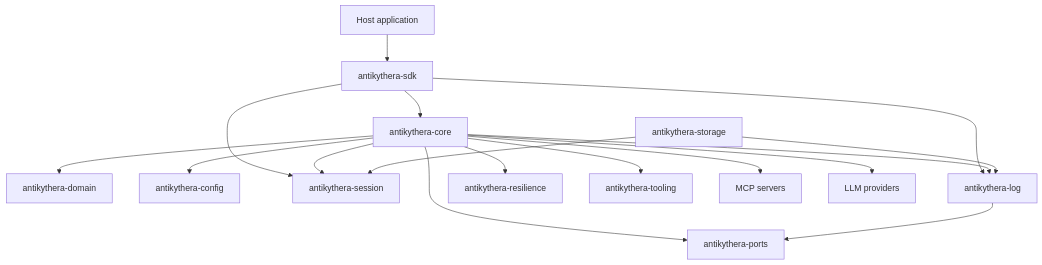
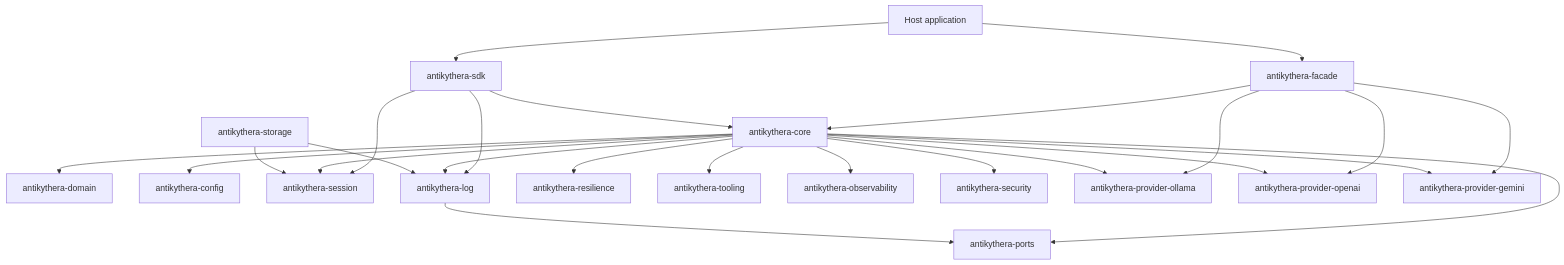
Before and after one commit to tsfarizi/antikythera-mcp-framework: the first of 2 diagrams in documentation/ARCHITECTURE.md, drawn with Mermaid. The commit also changed other lines of this file and 8 other files, not shown here.

Commit message:
feat: update documentation to reflect Antikythera Agent SDK branding and architecture changes

````diff
--- a/documentation/ARCHITECTURE.md
+++ b/documentation/ARCHITECTURE.md
@@ -7,33 +7,45 @@
 ```mermaid
 flowchart TD
     USER[Host application]
+    FACADE[antikythera-facade]
     SDK[antikythera-sdk]
     CORE[antikythera-core]
     DOMAIN[antikythera-domain]
     PORTS[antikythera-ports]
     CONFIG[antikythera-config]
     SESSION[antikythera-session]
     STORAGE[antikythera-storage]
     LOG[antikythera-log]
     RESILIENCE[antikythera-resilience]
     TOOLING[antikythera-tooling]
-    MCP[MCP servers]
-    LLM[LLM providers]
+    OBSERVABILITY[antikythera-observability]
+    SECURITY[antikythera-security]
+    OLLAMA[antikythera-provider-ollama]
+    OPENAI[antikythera-provider-openai]
+    GEMINI[antikythera-provider-gemini]
 
+    USER --> FACADE
     USER --> SDK
+    FACADE --> CORE
+    FACADE --> OLLAMA
+    FACADE --> OPENAI
+    FACADE --> GEMINI
     SDK --> CORE
     SDK --> SESSION
     SDK --> LOG
     CORE --> DOMAIN
     CORE --> PORTS
     CORE --> CONFIG
     CORE --> LOG
     CORE --> SESSION
     CORE --> RESILIENCE
     CORE --> TOOLING
-    CORE --> MCP
-    CORE --> LLM
+    CORE --> OBSERVABILITY
+    CORE --> SECURITY
+    CORE --> OLLAMA
+    CORE --> OPENAI
+    CORE --> GEMINI
     STORAGE --> SESSION
     STORAGE --> LOG
     LOG --> PORTS
 ```
````
